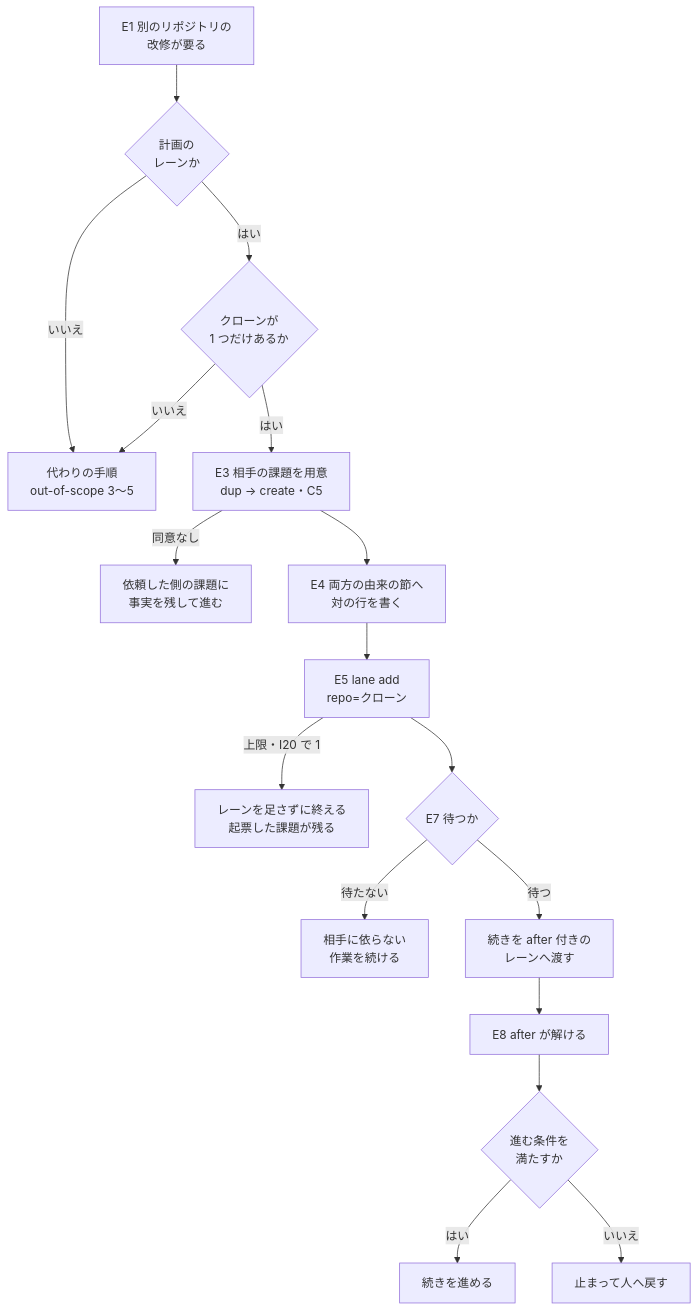
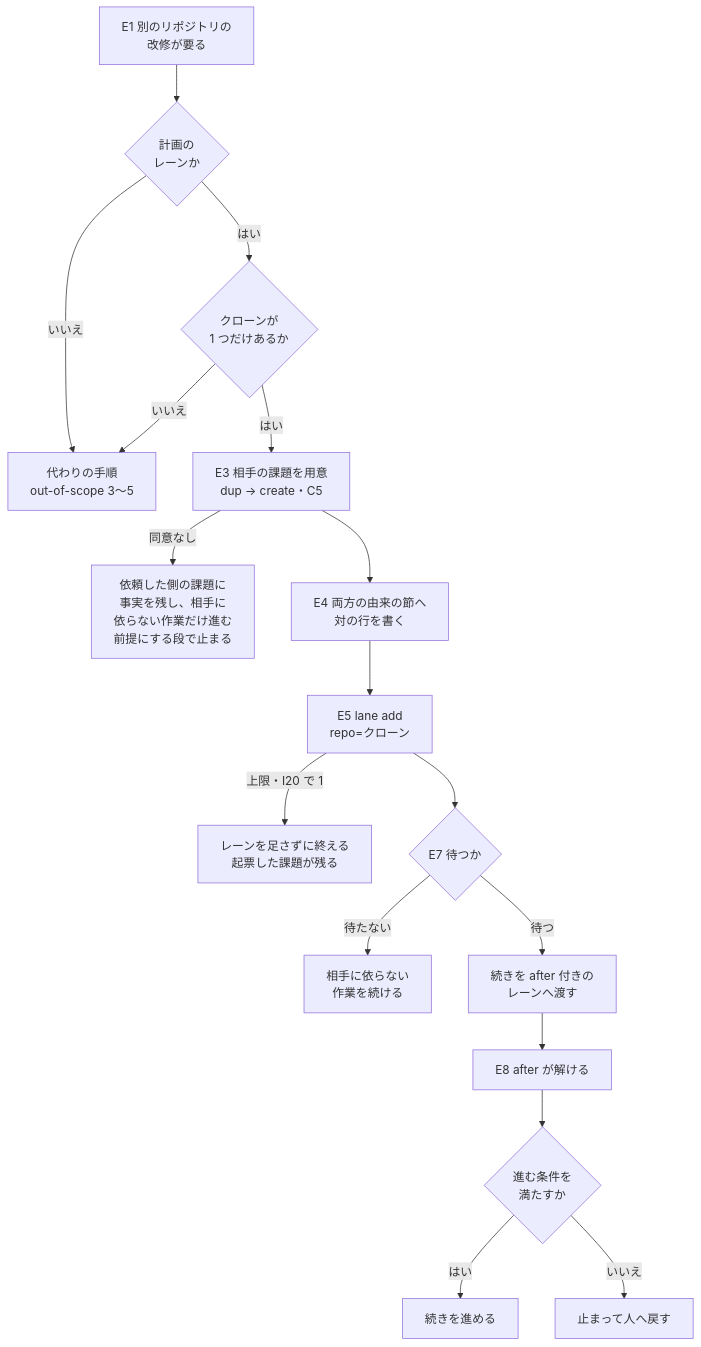
The second of 2 diagrams in issues/issue-3074-design.md (devbasex/ai-plugins), drawn with Mermaid before and after one commit. The commit also changed other lines of this file, not shown here.

````diff
--- a/issues/issue-3074-design.md
+++ b/issues/issue-3074-design.md
@@ -149,19 +149,19 @@
 ```mermaid
 graph TD
     A[E1 別のリポジトリの<br/>改修が要る] --> B{計画の<br/>レーンか}
     B -->|いいえ| Z[代わりの手順<br/>out-of-scope 3〜5]
     B -->|はい| C{クローンが<br/>1 つだけあるか}
     C -->|いいえ| Z
     C -->|はい| D[E3 相手の課題を用意<br/>dup → create・C5]
-    D -->|同意なし| Y[依頼した側の課題に<br/>事実を残して進む]
+    D -->|同意なし| Y[依頼した側の課題に<br/>事実を残し、相手に<br/>依らない作業だけ進む<br/>前提にする段で止まる]
     D --> E[E4 両方の由来の節へ<br/>対の行を書く]
     E --> F[E5 lane add<br/>repo=クローン]
     F -->|上限・I20 で 1| X[レーンを足さずに終える<br/>起票した課題が残る]
     F --> G{E7 待つか}
     G -->|待たない| H[相手に依らない<br/>作業を続ける]
     G -->|待つ| I[続きを after 付きの<br/>レーンへ渡す]
     I --> J[E8 after が解ける]
     J --> K{進む条件を<br/>満たすか}
     K -->|はい| L[続きを進める]
     K -->|いいえ| M[止まって人へ戻す]
 ```
````
